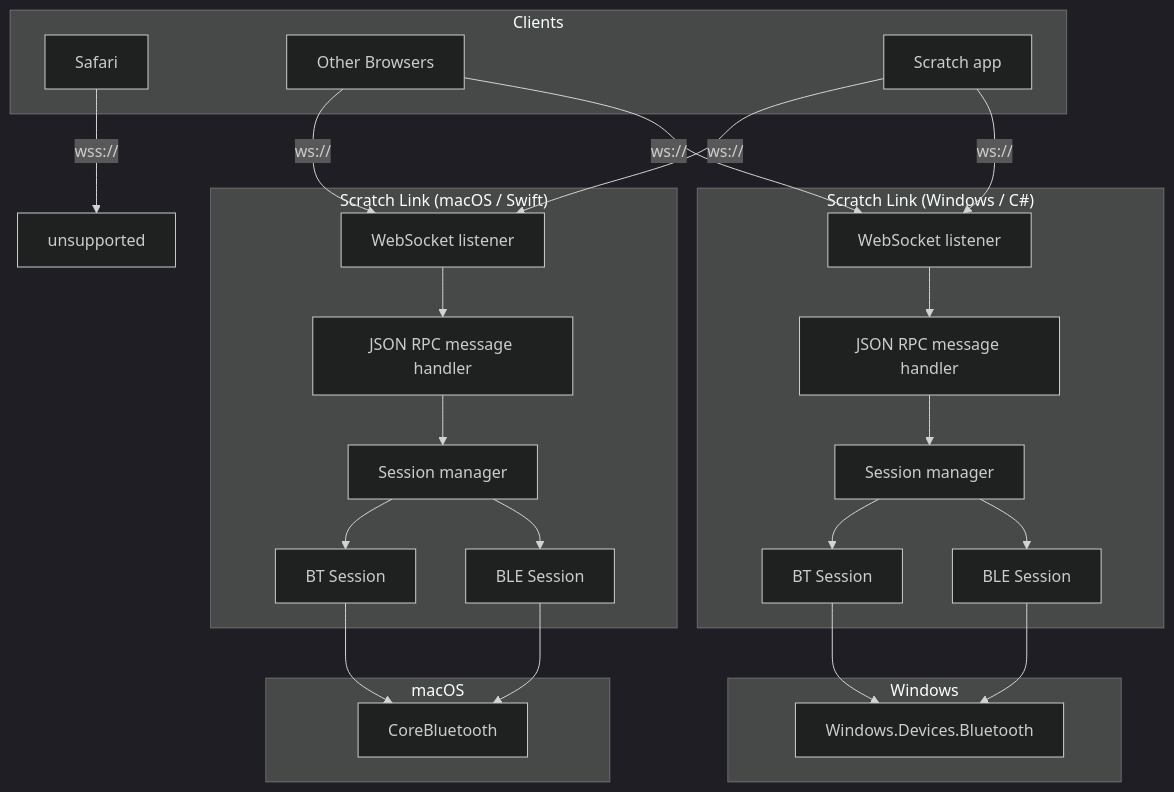
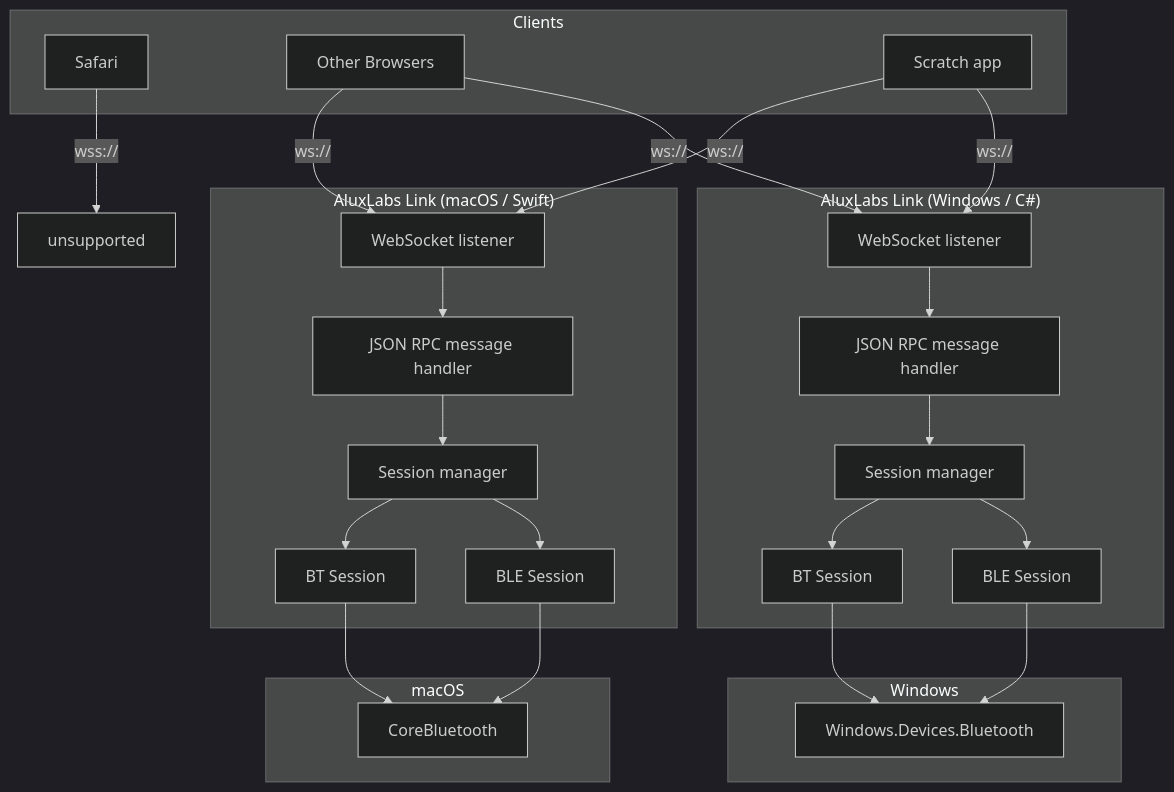
One commit to scratchfoundation/scratch-link changed the second of 2 diagrams in Documentation/Architecture.md. Above: the diagram before and after it, drawn with Mermaid (dark theme). The commit also changed other lines of this file and 4 other files, not shown here.

````diff
--- a/Documentation/Architecture.md
+++ b/Documentation/Architecture.md
@@ -107,48 +107,48 @@
 ```mermaid
 graph TD;
 subgraph Clients
     Safari
     Browsers["Other Browsers"]
     App["Scratch app"]
 end
-subgraph "Scratch Link (Windows / C#)"
+subgraph "AluxLabs Link (Windows / C#)"
     WinWebSocket["WebSocket listener"]
     WinRPC["JSON RPC message handler"]
     WinSessionManager["Session manager"]
     WinBT["BT Session"]
     WinBLE["BLE Session"]
 end
-subgraph "Scratch Link (macOS / Swift)"
+subgraph "AluxLabs Link (macOS / Swift)"
     MacWebSocket["WebSocket listener"]
     MacRPC["JSON RPC message handler"]
     MacSessionManager["Session manager"]
     MacBT["BT Session"]
     MacBLE["BLE Session"]
 end
 subgraph "macOS"
     CoreBluetooth
 end
 subgraph "Windows"
     Windows.Devices.Bluetooth
 end
 
 Safari -- wss:// --> unsupported
 Browsers -- ws:// --> MacWebSocket
 Browsers -- ws:// --> WinWebSocket
 App -- ws:// --> MacWebSocket
 App -- ws:// --> WinWebSocket
 
 MacWebSocket --> MacRPC
 MacRPC --> MacSessionManager
 MacSessionManager --> MacBT
 MacSessionManager --> MacBLE
 MacBT --> CoreBluetooth
 MacBLE --> CoreBluetooth
 
 WinWebSocket --> WinRPC
 WinRPC --> WinSessionManager
 WinSessionManager --> WinBT
 WinSessionManager --> WinBLE
 WinBT --> Windows.Devices.Bluetooth
 WinBLE --> Windows.Devices.Bluetooth
 ```
````
